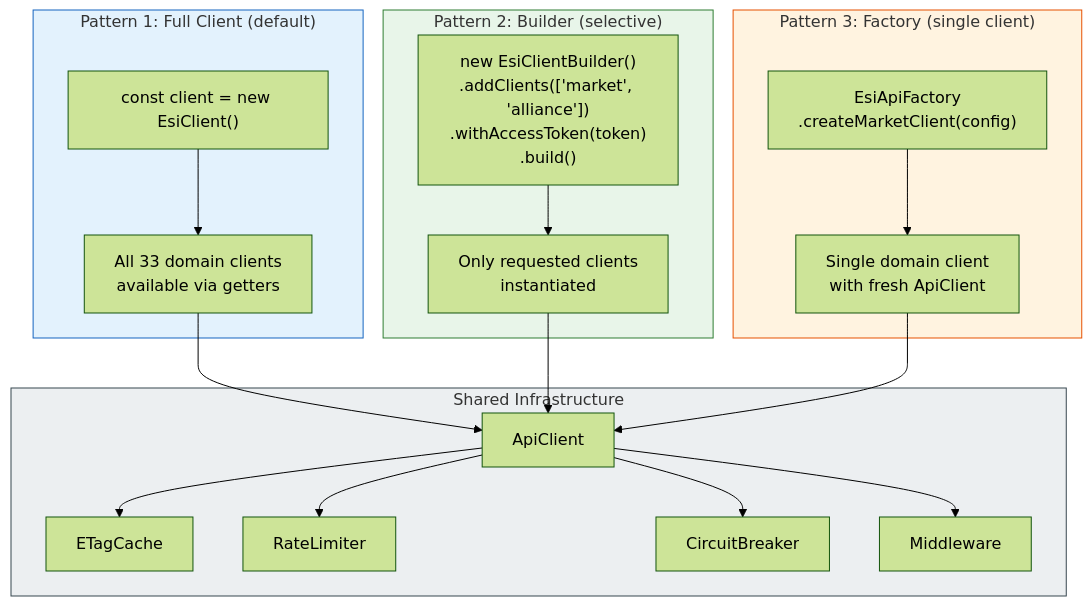
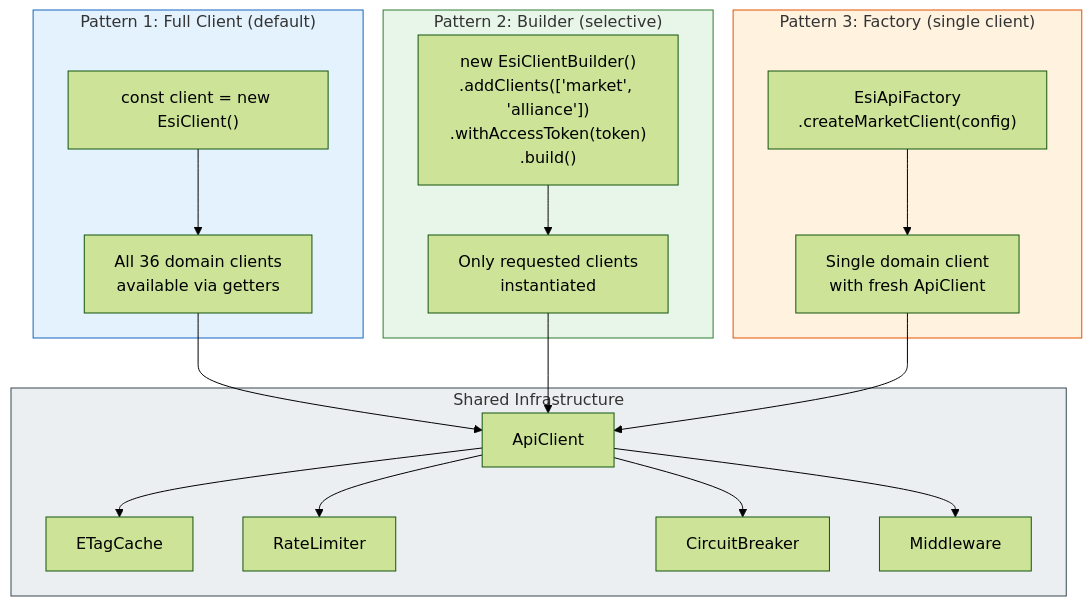
One commit to lgriffin/ESI.ts changed the sixth of 9 diagrams in docs/architecture.md. Above: the diagram before and after it, drawn with Mermaid (forest theme). The commit also changed other lines of this file and 30 other files, not shown here.

````diff
--- a/docs/architecture.md
+++ b/docs/architecture.md
@@ -345,42 +345,42 @@
 ```mermaid
 graph TB
     subgraph Pattern1["Pattern 1: Full Client (default)"]
         P1Code["const client = new EsiClient()"]
-        P1Result["All 33 domain clients<br/>available via getters"]
+        P1Result["All 36 domain clients<br/>available via getters"]
         P1Code --> P1Result
     end
 
     subgraph Pattern2["Pattern 2: Builder (selective)"]
         P2Code["new EsiClientBuilder()<br/>.addClients(['market', 'alliance'])<br/>.withAccessToken(token)<br/>.build()"]
         P2Result["Only requested clients<br/>instantiated"]
         P2Code --> P2Result
     end
 
     subgraph Pattern3["Pattern 3: Factory (single client)"]
         P3Code["EsiApiFactory<br/>.createMarketClient(config)"]
         P3Result["Single domain client<br/>with fresh ApiClient"]
         P3Code --> P3Result
     end
 
     subgraph Shared["Shared Infrastructure"]
         ApiClient["ApiClient"]
         Cache["ETagCache"]
         RL["RateLimiter"]
         CB["CircuitBreaker"]
         MW["Middleware"]
     end
 
     P1Result --> ApiClient
     P2Result --> ApiClient
     P3Result --> ApiClient
 
     ApiClient --> Cache
     ApiClient --> RL
     ApiClient --> CB
     ApiClient --> MW
 
     style Pattern1 fill:#e3f2fd,stroke:#1565c0
     style Pattern2 fill:#e8f5e9,stroke:#2e7d32
     style Pattern3 fill:#fff3e0,stroke:#e65100
     style Shared fill:#eceff1,stroke:#37474f
 ```
````
